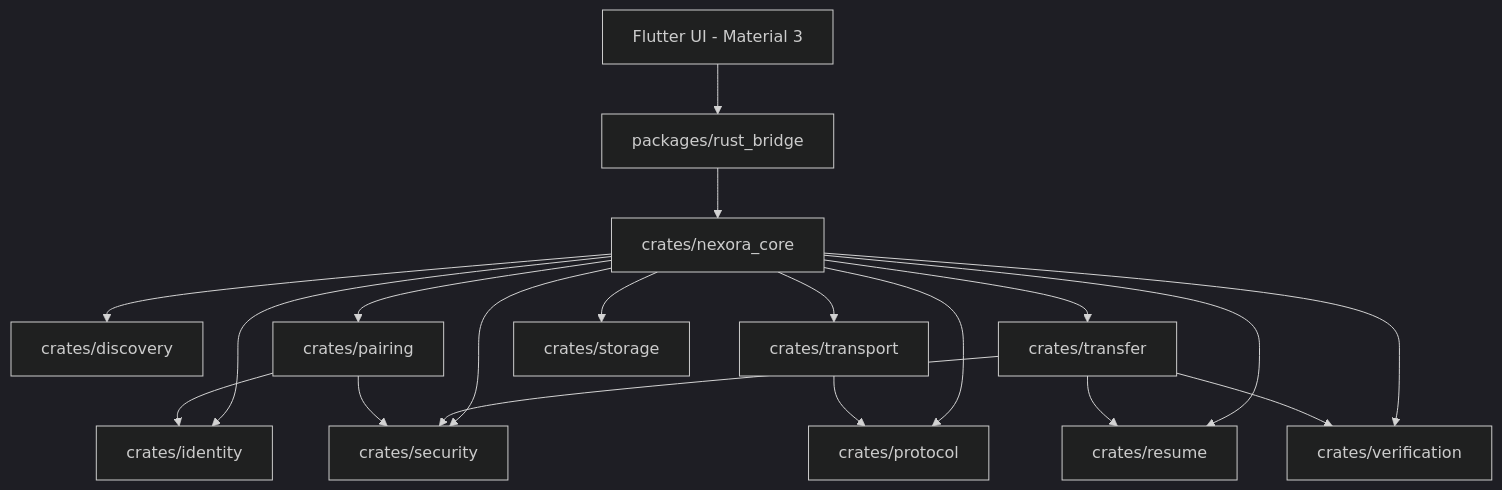
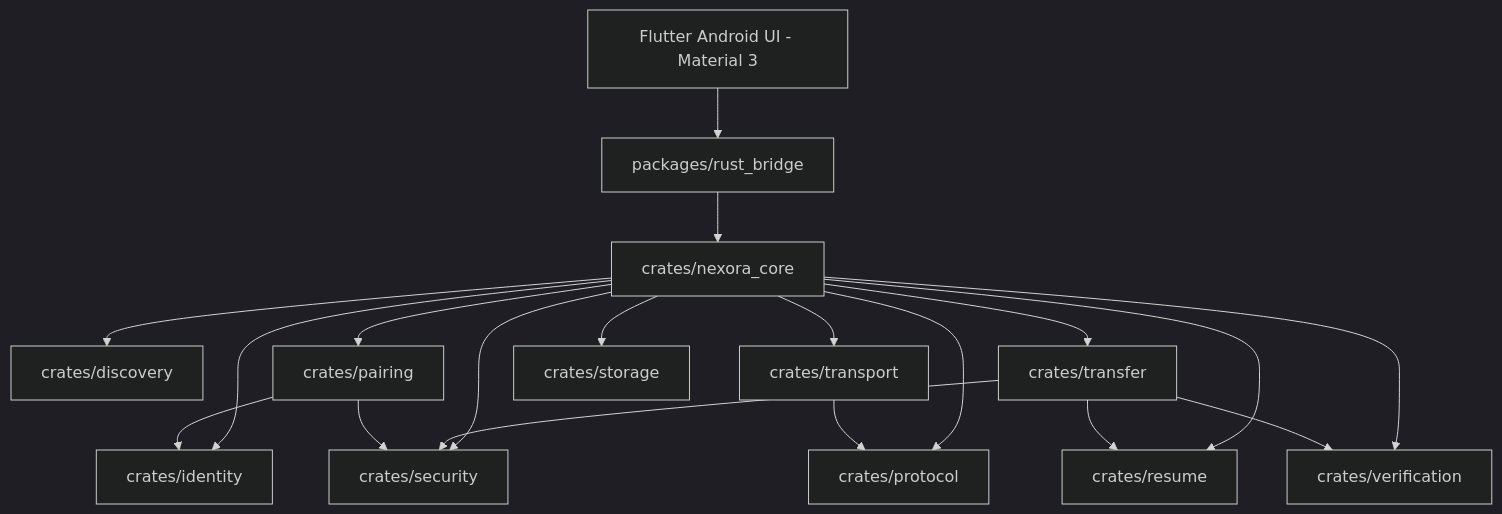
One commit to CodeByArnob/Nexora-share changed the first of 2 diagrams in docs/ARCHITECTURE.md. Above: the diagram before and after it, drawn with Mermaid (dark theme). The commit also changed 38 other files, not shown here.

````diff
--- a/docs/ARCHITECTURE.md
+++ b/docs/ARCHITECTURE.md
@@ -14,23 +14,23 @@
 ```mermaid
 graph TD
-    UI[Flutter UI - Material 3] --> Bridge[packages/rust_bridge]
+    UI[Flutter Android UI - Material 3] --> Bridge[packages/rust_bridge]
     Bridge --> Core[crates/nexora_core]
     
     Core --> Discovery[crates/discovery]
     Core --> Identity[crates/identity]
     Core --> Pairing[crates/pairing]
     Core --> Security[crates/security]
     Core --> Protocol[crates/protocol]
     Core --> Transport[crates/transport]
     Core --> Transfer[crates/transfer]
     Core --> Resume[crates/resume]
     Core --> Verification[crates/verification]
     Core --> Storage[crates/storage]
 
     Transfer --> Verification
     Transfer --> Resume
     Transfer --> Security
     Pairing --> Identity
     Pairing --> Security
     Transport --> Protocol
 ```
````
